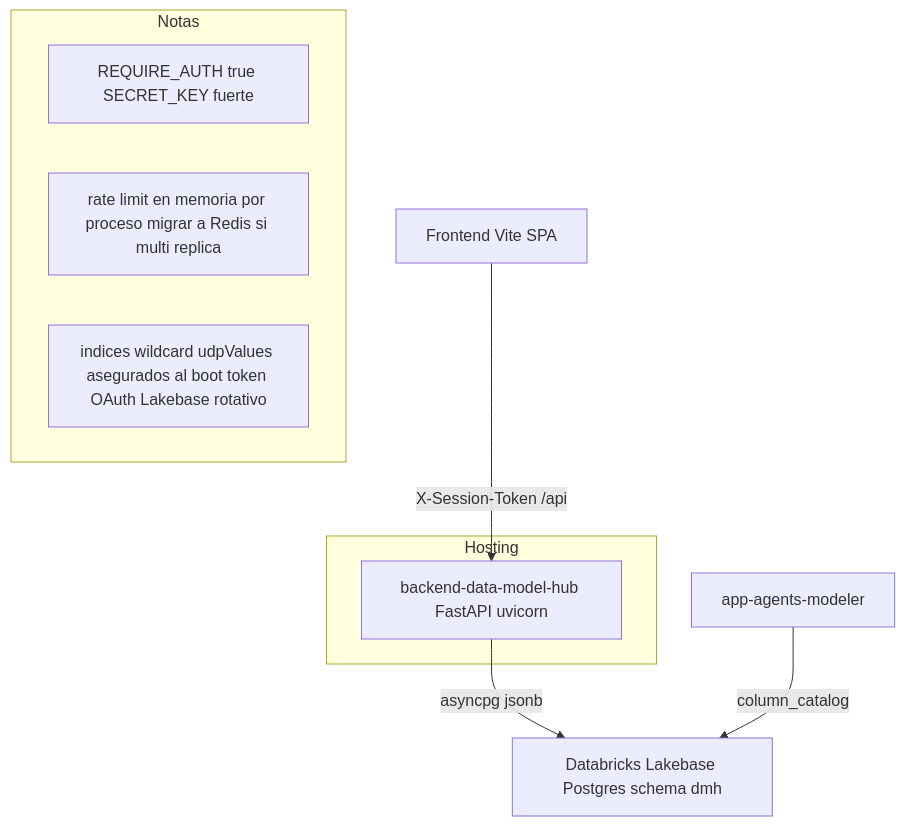
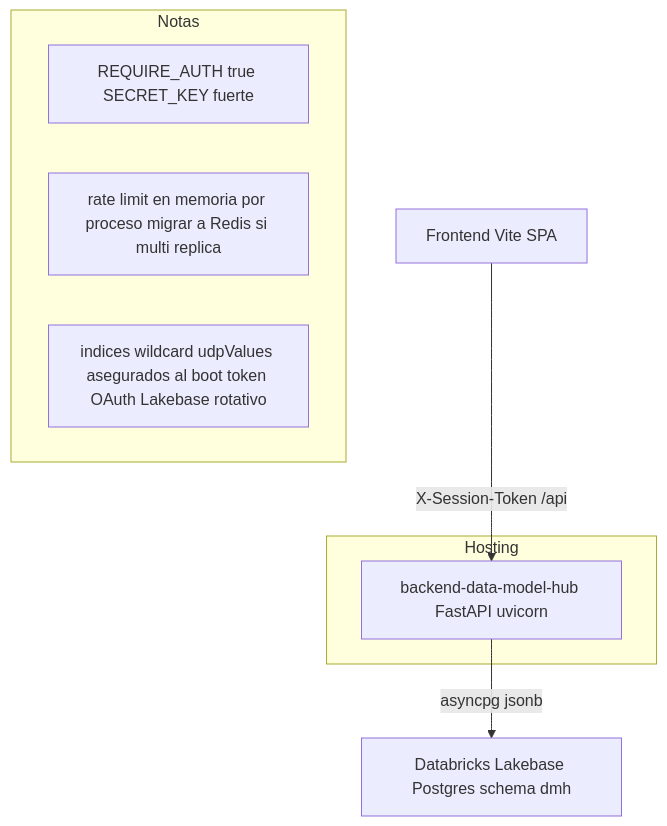
One commit to Carlosmps97/backend-data-model-hub changed the fourth of 4 diagrams in doc/consideraciones-y-limites.md. Above: the diagram before and after it, drawn with Mermaid. The commit also changed other lines of this file and 27 other files, not shown here.

````diff
--- a/doc/consideraciones-y-limites.md
+++ b/doc/consideraciones-y-limites.md
@@ -505,14 +505,13 @@
 ```mermaid
 flowchart TD
     FE["Frontend Vite SPA"] -->|X-Session-Token /api| BE["backend-data-model-hub FastAPI uvicorn"]
     BE -->|asyncpg jsonb| LB["Databricks Lakebase Postgres schema dmh"]
-    AG["app-agents-modeler"] -->|column_catalog| LB
     subgraph Hosting
         BE
     end
     subgraph Notas
         N1["REQUIRE_AUTH true SECRET_KEY fuerte"]
         N2["rate limit en memoria por proceso migrar a Redis si multi replica"]
         N3["indices wildcard udpValues asegurados al boot token OAuth Lakebase rotativo"]
     end
 ```
````
